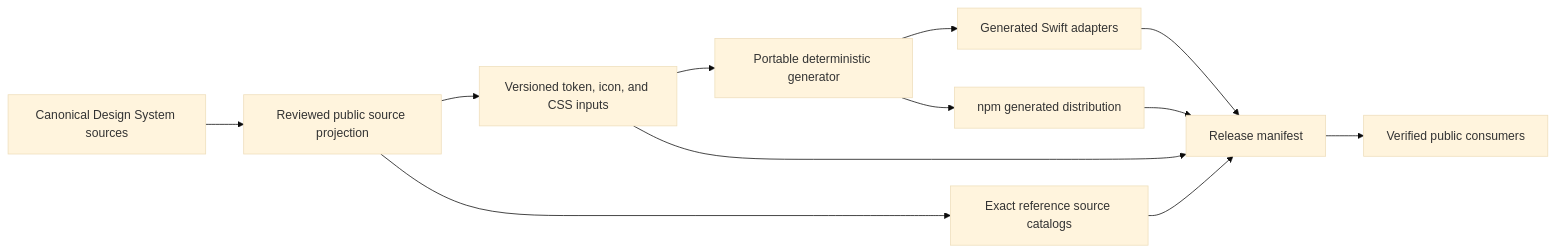
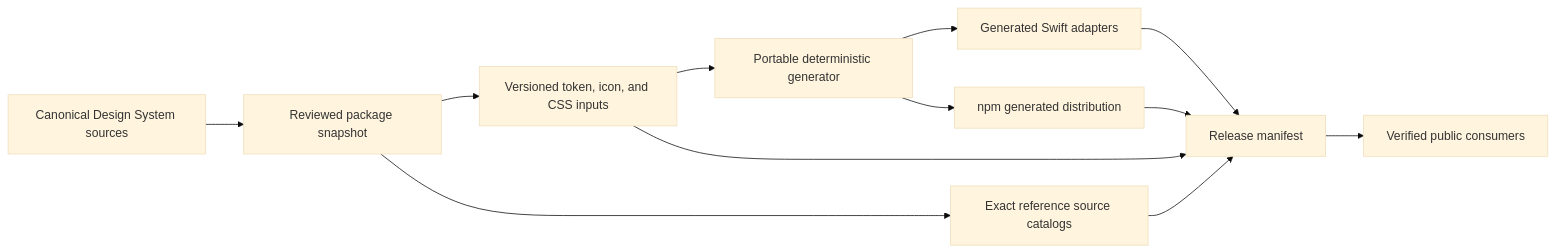
Before and after one commit to qenterra/design-system: the diagram in packages/docs/ARCHITECTURE.md, drawn with Mermaid (base theme). The commit also changed other lines of this file and 138 other files, not shown here.

Commit message:
feat: publish unified Design System under Apache-2.0

````diff
--- a/packages/docs/ARCHITECTURE.md
+++ b/packages/docs/ARCHITECTURE.md
@@ -9,14 +9,14 @@
 ```mermaid
 flowchart LR
-    Canonical[Canonical Design System sources] --> Projection[Reviewed public source projection]
+    Canonical[Canonical Design System sources] --> Projection[Reviewed package snapshot]
     Projection --> NpmSource[Versioned token, icon, and CSS inputs]
     Projection --> Catalogs[Exact reference source catalogs]
     NpmSource --> Generator[Portable deterministic generator]
     Generator --> Swift[Generated Swift adapters]
     Generator --> NpmDist[npm generated distribution]
     Swift --> Manifest[Release manifest]
     NpmSource --> Manifest
     NpmDist --> Manifest
     Catalogs --> Manifest
     Manifest --> Consumers[Verified public consumers]
 ```
````
